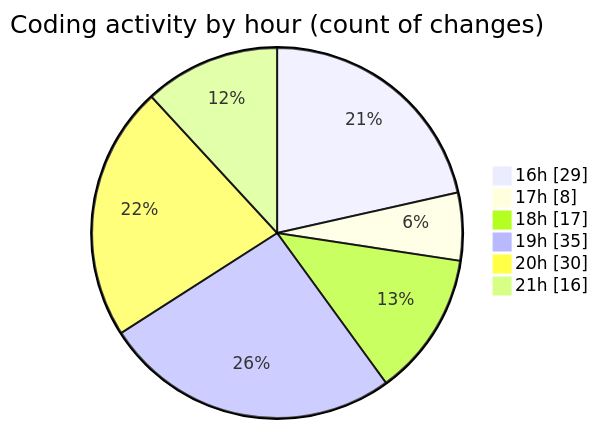
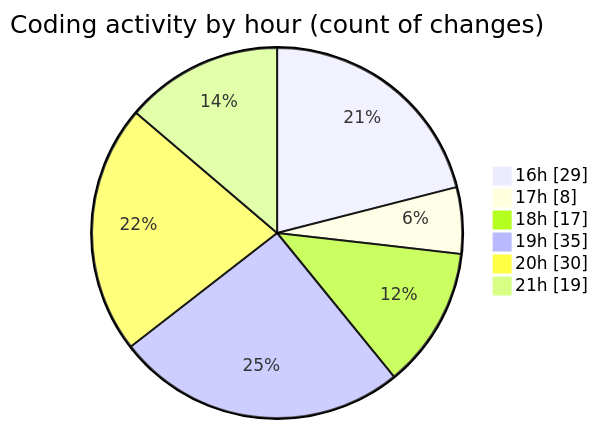
One commit to Netris89/code-tracking changed the second of 2 diagrams in 2025-11-01/skintrack/README.md. Above: the diagram before and after it, drawn with Mermaid. The commit also changed other lines of this file and 1 other file, not shown here.

````diff
--- a/2025-11-01/skintrack/README.md
+++ b/2025-11-01/skintrack/README.md
@@ -35,10 +35,10 @@
 ```mermaid
 pie showData
 title Coding activity by hour (count of changes)
 "16h" : 29
 "17h" : 8
 "18h" : 17
 "19h" : 35
 "20h" : 30
-"21h" : 16
+"21h" : 19
 ```
````
